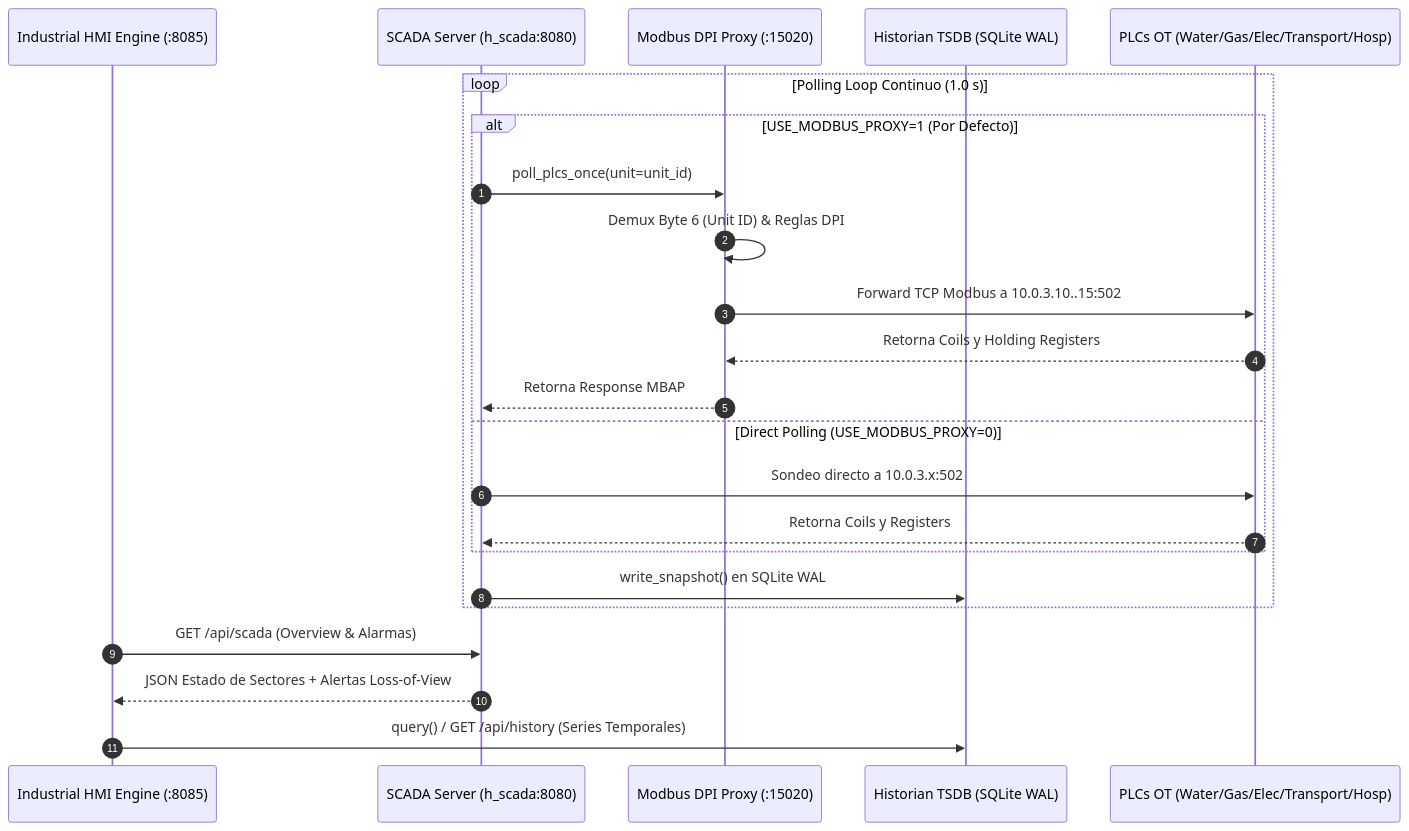
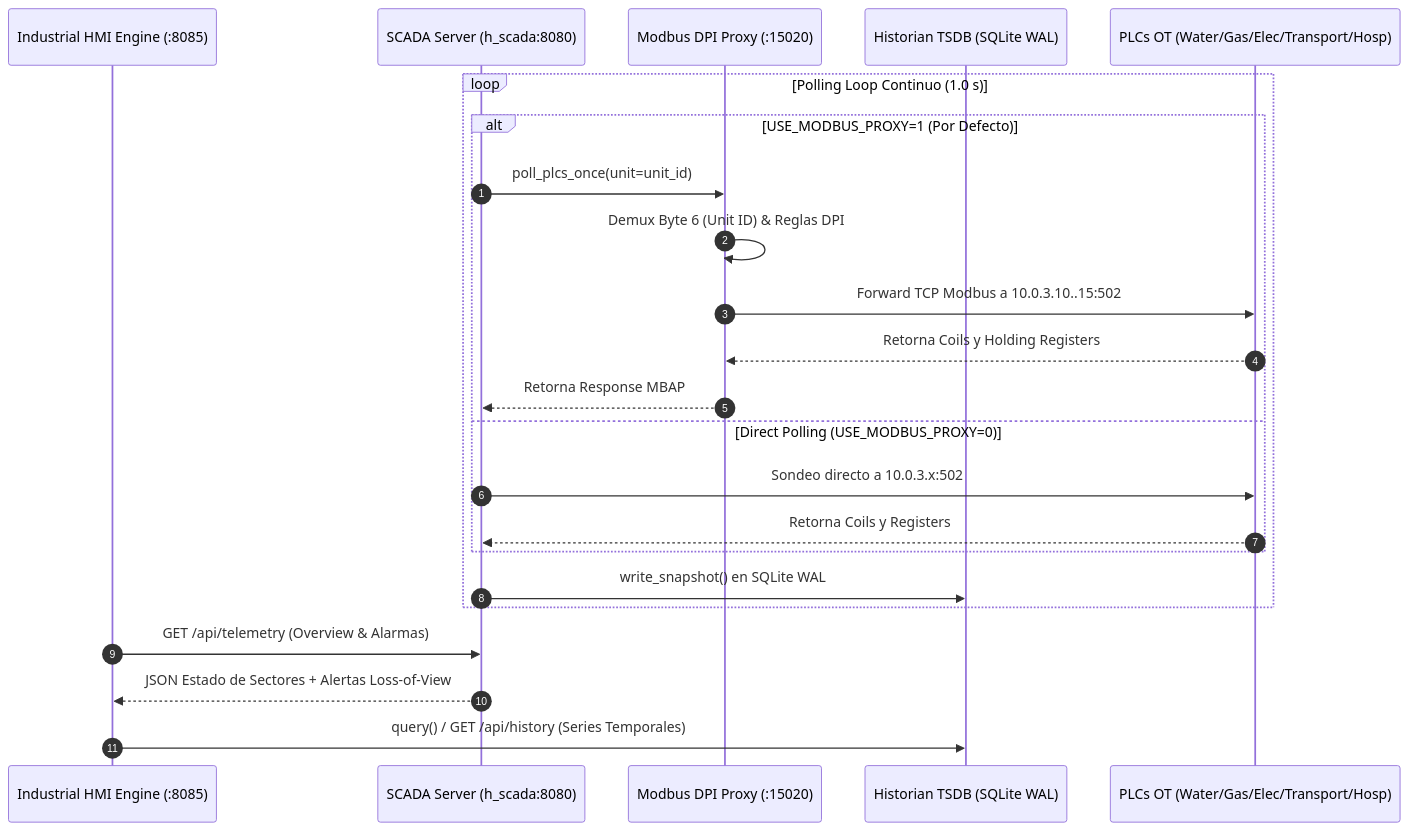
One commit to kripiman/CityLab changed the diagram in docs/federates/07_scada_hmi_infrastructure.md. Above: the diagram before and after it, drawn with Mermaid. The commit also changed other lines of this file and 7 other files, not shown here.

Commit message:
docs(fidelity): fix /api/telemetry endpoints, SIEM correlation rules, SDN priority, and CLI arguments

````diff
--- a/docs/federates/07_scada_hmi_infrastructure.md
+++ b/docs/federates/07_scada_hmi_infrastructure.md
@@ -18,27 +18,27 @@
 ```mermaid
 sequenceDiagram
     autonumber
     participant HMI as Industrial HMI Engine (:8085)
     participant SCADA as SCADA Server (h_scada:8080)
     participant PROXY as Modbus DPI Proxy (:15020)
     participant HIST as Historian TSDB (SQLite WAL)
     participant PLC as PLCs OT (Water/Gas/Elec/Transport/Hosp)
 
     loop Polling Loop Continuo (1.0 s)
         alt USE_MODBUS_PROXY=1 (Por Defecto)
             SCADA->>PROXY: poll_plcs_once(unit=unit_id)
             PROXY->>PROXY: Demux Byte 6 (Unit ID) & Reglas DPI
             PROXY->>PLC: Forward TCP Modbus a 10.0.3.10..15:502
             PLC-->>PROXY: Retorna Coils y Holding Registers
             PROXY-->>SCADA: Retorna Response MBAP
         else Direct Polling (USE_MODBUS_PROXY=0)
             SCADA->>PLC: Sondeo directo a 10.0.3.x:502
             PLC-->>SCADA: Retorna Coils y Registers
         end
         SCADA->>HIST: write_snapshot() en SQLite WAL
     end
 
-    HMI->>SCADA: GET /api/scada (Overview & Alarmas)
+    HMI->>SCADA: GET /api/telemetry (Overview & Alarmas)
     SCADA-->>HMI: JSON Estado de Sectores + Alertas Loss-of-View
     HMI->>HIST: query() / GET /api/history (Series Temporales)
 ```
````
